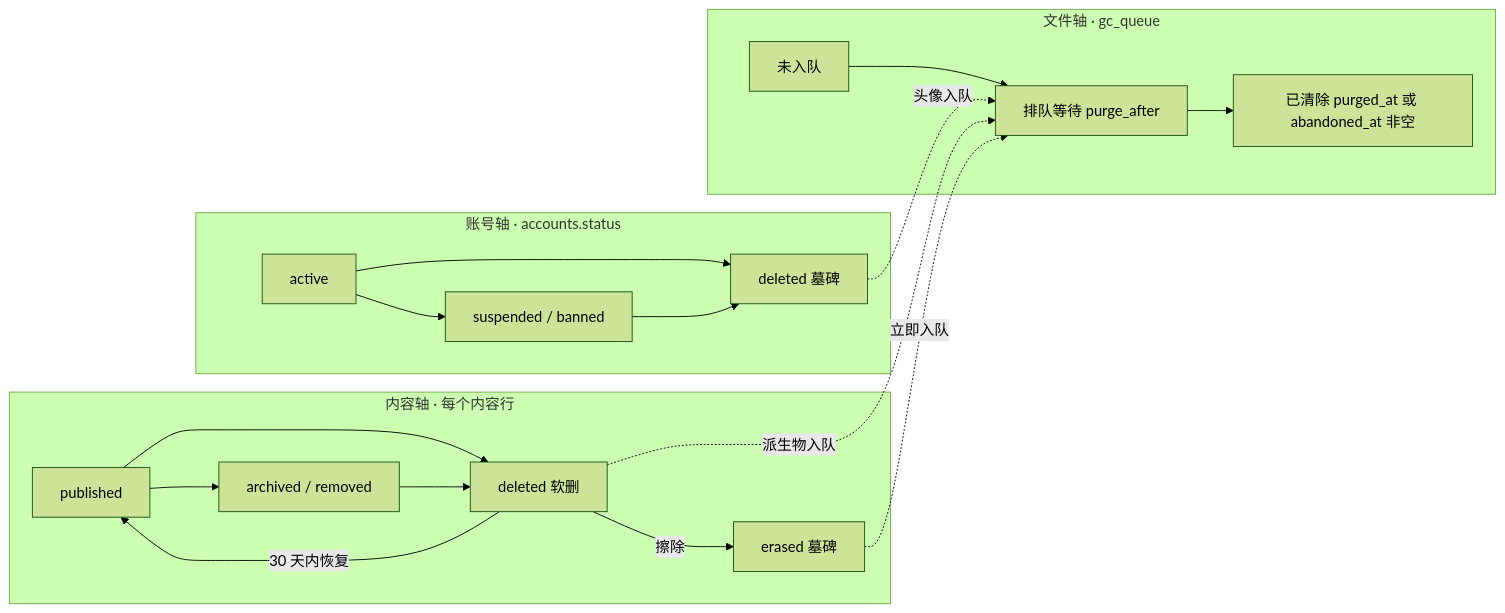
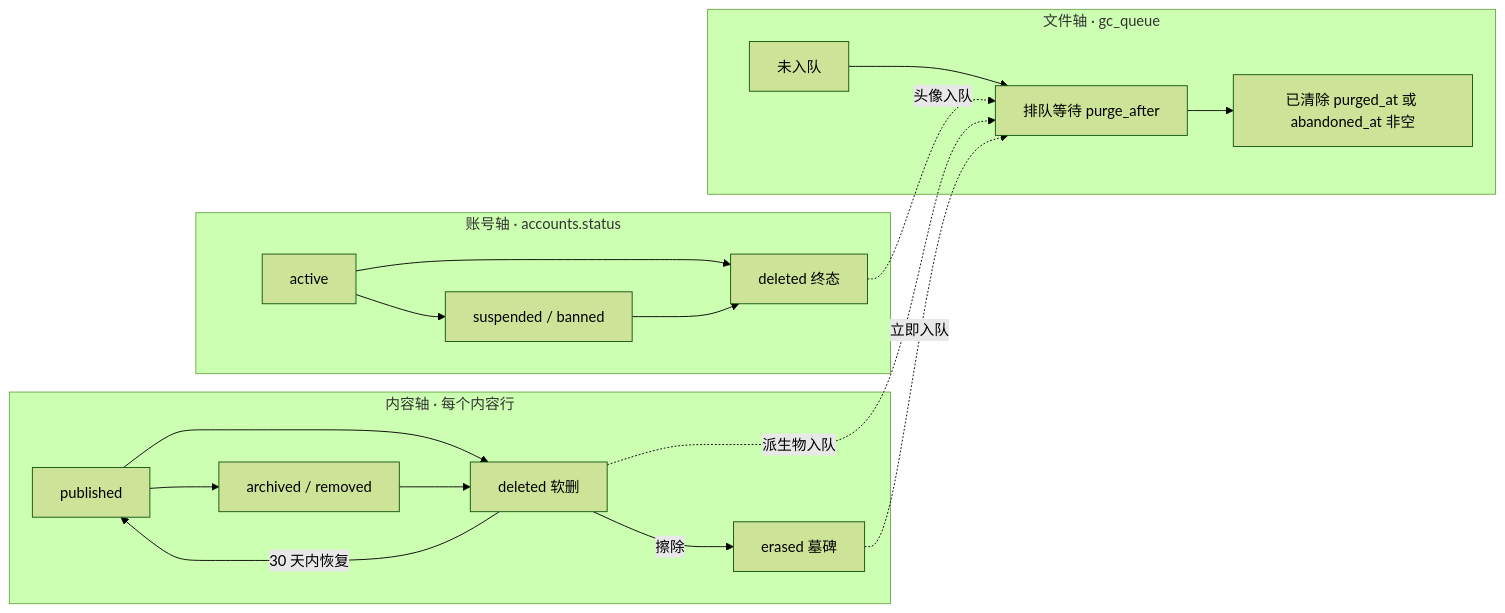
One commit to deepdemos/ds-demos-showcase changed the first of 3 diagrams in docs/数据生命周期设计.md. Above: the diagram before and after it, drawn with Mermaid (forest theme). The commit also changed other lines of this file and 8 other files, not shown here.

````diff
--- a/docs/数据生命周期设计.md
+++ b/docs/数据生命周期设计.md
@@ -171,25 +171,25 @@
 ```mermaid
 flowchart LR
     subgraph ACC["账号轴 · accounts.status"]
         A1["active"] --> A2["suspended / banned"]
-        A1 --> A3["deleted 墓碑"]
+        A1 --> A3["deleted 终态"]
         A2 --> A3
     end
 
     subgraph CON["内容轴 · 每个内容行"]
         C1["published"] --> C2["archived / removed"]
         C1 --> C3["deleted 软删"]
         C2 --> C3
         C3 -->|"30 天内恢复"| C1
         C3 -->|"擦除"| C4["erased 墓碑"]
     end
 
     subgraph FIL["文件轴 · gc_queue"]
         F1["未入队"] --> F2["排队等待 purge_after"]
         F2 --> F3["已清除 purged_at 或 abandoned_at 非空"]
     end
 
     A3 -.->|"头像入队"| F2
     C3 -.->|"派生物入队"| F2
     C4 -.->|"立即入队"| F2
 ```
````
